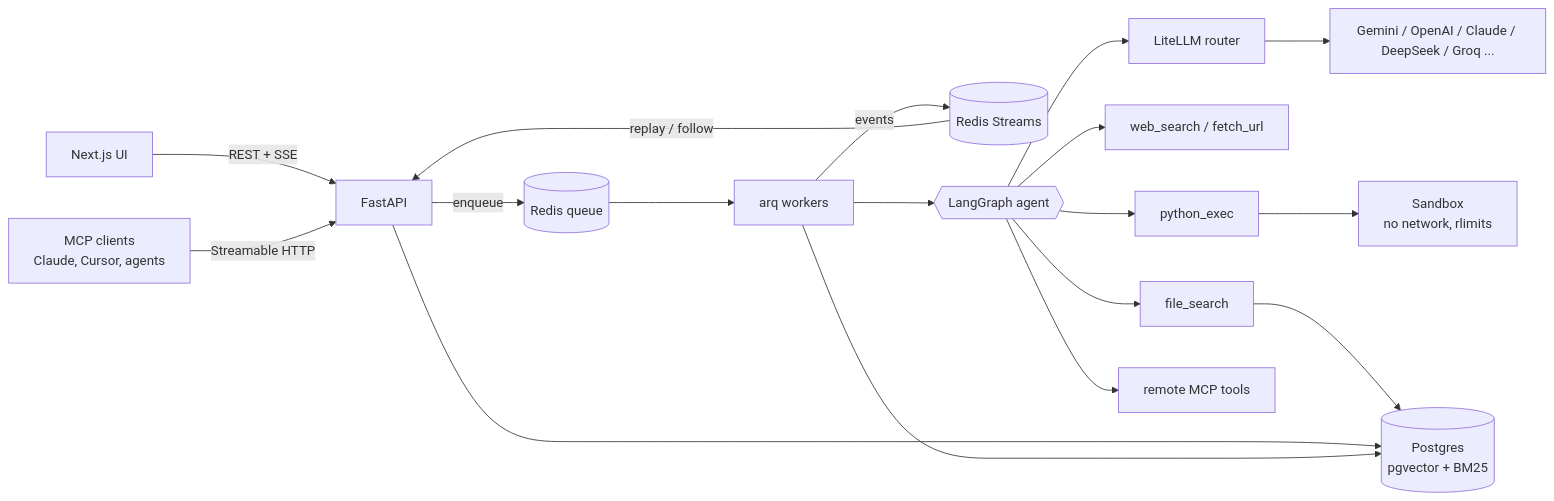
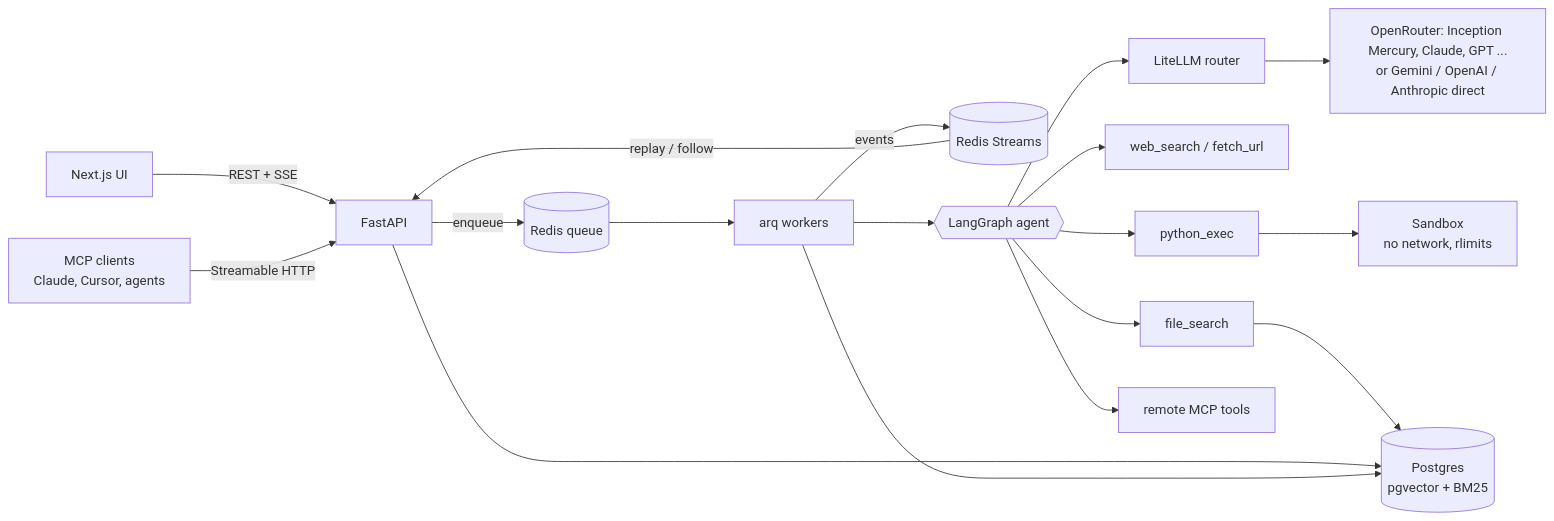
One commit to Aditya365x/atlas-agent changed the first of 2 diagrams in README.md. Above: the diagram before and after it, drawn with Mermaid. The commit also changed other lines of this file, not shown here.

Commit message:
README: OpenRouter/Mercury, model switching, stack summary

````diff
--- a/README.md
+++ b/README.md
@@ -40,17 +42,17 @@
 ```mermaid
 flowchart LR
   UI[Next.js UI] -- REST + SSE --> API[FastAPI]
   MC[MCP clients<br/>Claude, Cursor, agents] -- Streamable HTTP --> API
   API -- enqueue --> Q[(Redis queue)]
   Q --> W[arq workers]
   W -- events --> S[(Redis Streams)]
   S -- replay / follow --> API
   W --> G{{LangGraph agent}}
-  G --> R[LiteLLM router] --> P[Gemini / OpenAI / Claude / DeepSeek / Groq ...]
+  G --> R[LiteLLM router] --> P[OpenRouter: Inception Mercury, Claude, GPT ...<br/>or Gemini / OpenAI / Anthropic direct]
   G --> T1[web_search / fetch_url]
   G --> T2[python_exec] --> SB[Sandbox<br/>no network, rlimits]
   G --> T3[file_search] --> PG[(Postgres<br/>pgvector + BM25)]
   G --> T4[remote MCP tools]
   API --> PG
   W --> PG
 ```
````
